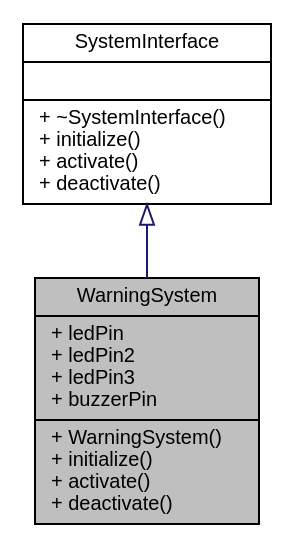
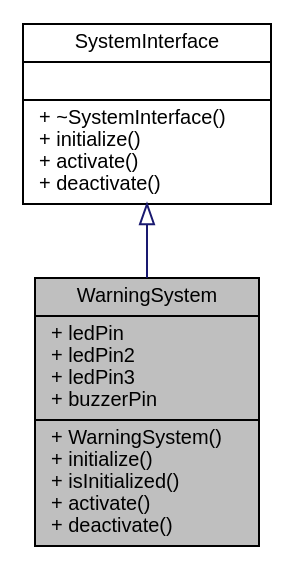
The diagram in classWarningSystem__coll__graph.dot (saleemhamo/traffic-light-system), drawn with Graphviz before and after one commit. The commit also changed 138 other files, not shown here.

```diff
--- a/classWarningSystem__coll__graph.dot
+++ b/classWarningSystem__coll__graph.dot
@@ -1,9 +1,9 @@
 digraph "WarningSystem"
 {
  // LATEX_PDF_SIZE
   edge [fontname="Helvetica",fontsize="10",labelfontname="Helvetica",labelfontsize="10"];
   node [fontname="Helvetica",fontsize="10",shape=record];
-  Node1 [label="{WarningSystem\n|+ ledPin\l+ ledPin2\l+ ledPin3\l+ buzzerPin\l|+ WarningSystem()\l+ initialize()\l+ activate()\l+ deactivate()\l}",height=0.2,width=0.4,color="black", fillcolor="grey75", style="filled", fontcolor="black",tooltip="Manages a warning system with three LEDs and a buzzer."];
+  Node1 [label="{WarningSystem\n|+ ledPin\l+ ledPin2\l+ ledPin3\l+ buzzerPin\l|+ WarningSystem()\l+ initialize()\l+ isInitialized()\l+ activate()\l+ deactivate()\l}",height=0.2,width=0.4,color="black", fillcolor="grey75", style="filled", fontcolor="black",tooltip="Manages a warning system with three LEDs and a buzzer."];
   Node2 -> Node1 [dir="back",color="midnightblue",fontsize="10",style="solid",arrowtail="onormal",fontname="Helvetica"];
   Node2 [label="{SystemInterface\n||+ ~SystemInterface()\l+ initialize()\l+ activate()\l+ deactivate()\l}",height=0.2,width=0.4,color="black", fillcolor="white", style="filled",URL="$classSystemInterface.html",tooltip="Interface for system control classes."];
 }
```
